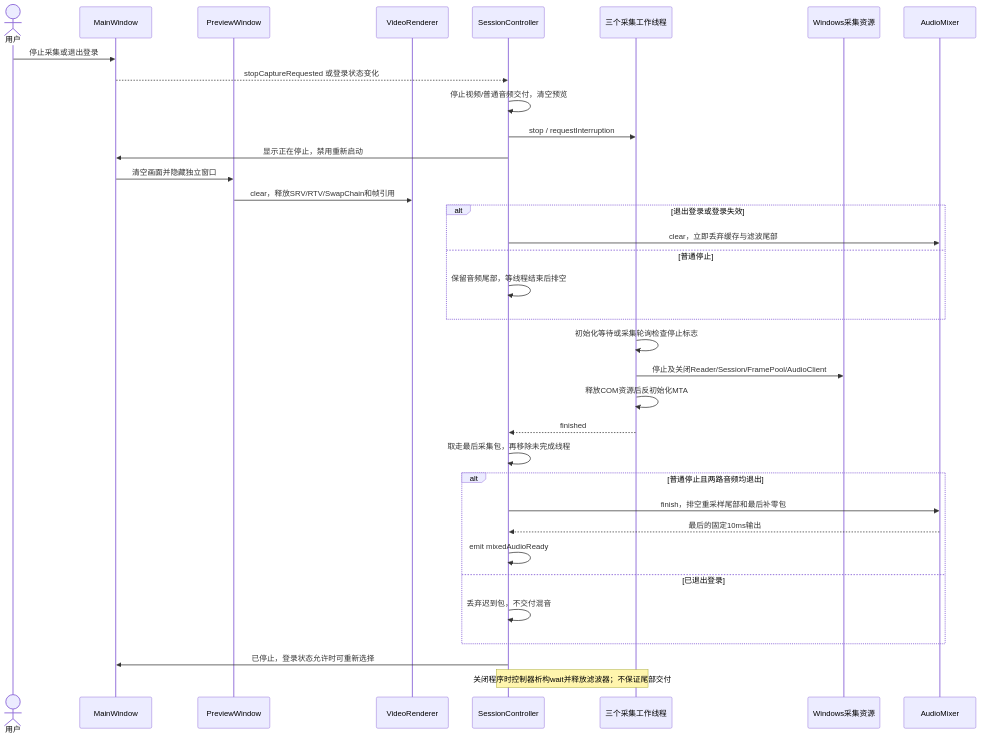
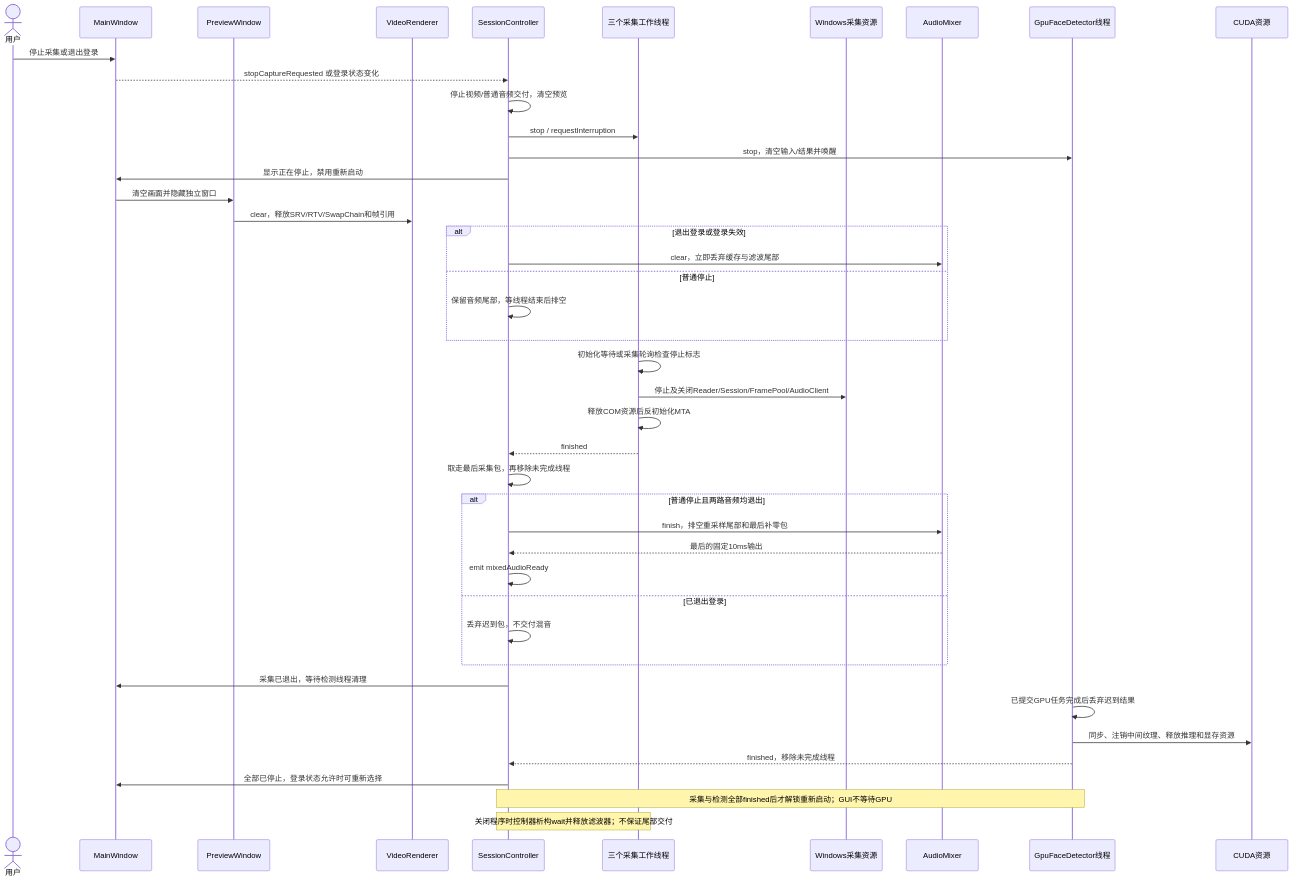
The diagram in docs/uml/capture-stop.mmd (kingsman-svg/OBS), drawn with Mermaid before and after one commit. The commit also changed 36 other files, not shown here.

Commit message:
feat: integrate TensorRT face detection into GPU preview

```diff
--- a/docs/uml/capture-stop.mmd
+++ b/docs/uml/capture-stop.mmd
@@ -1,35 +1,43 @@
 sequenceDiagram
 actor U as 用户
 participant V as MainWindow
 participant P as PreviewWindow
 participant R as VideoRenderer
 participant C as SessionController
 participant W as 三个采集工作线程
 participant S as Windows采集资源
 participant M as AudioMixer
+participant F as GpuFaceDetector线程
+participant G as CUDA资源
 U->>V: 停止采集或退出登录
 V-->>C: stopCaptureRequested 或登录状态变化
 C->>C: 停止视频/普通音频交付，清空预览
 C->>W: stop / requestInterruption
+C->>F: stop，清空输入/结果并唤醒
 C->>V: 显示正在停止，禁用重新启动
 V->>P: 清空画面并隐藏独立窗口
 P->>R: clear，释放SRV/RTV/SwapChain和帧引用
 alt 退出登录或登录失效
 C->>M: clear，立即丢弃缓存与滤波尾部
 else 普通停止
 C->>C: 保留音频尾部，等线程结束后排空
 end
 W->>W: 初始化等待或采集轮询检查停止标志
 W->>S: 停止及关闭Reader/Session/FramePool/AudioClient
 W->>W: 释放COM资源后反初始化MTA
 W-->>C: finished
 C->>C: 取走最后采集包，再移除未完成线程
 alt 普通停止且两路音频均退出
 C->>M: finish，排空重采样尾部和最后补零包
 M-->>C: 最后的固定10ms输出
 C->>C: emit mixedAudioReady
 else 已退出登录
 C->>C: 丢弃迟到包，不交付混音
 end
-C->>V: 已停止，登录状态允许时可重新选择
+C->>V: 采集已退出，等待检测线程清理
+F->>F: 已提交GPU任务完成后丢弃迟到结果
+F->>G: 同步、注销中间纹理、释放推理和显存资源
+F-->>C: finished，移除未完成线程
+C->>V: 全部已停止，登录状态允许时可重新选择
+Note over C,F: 采集与检测全部finished后才解锁重新启动；GUI不等待GPU
 Note over C,W: 关闭程序时控制器析构wait并释放滤波器；不保证尾部交付
```
